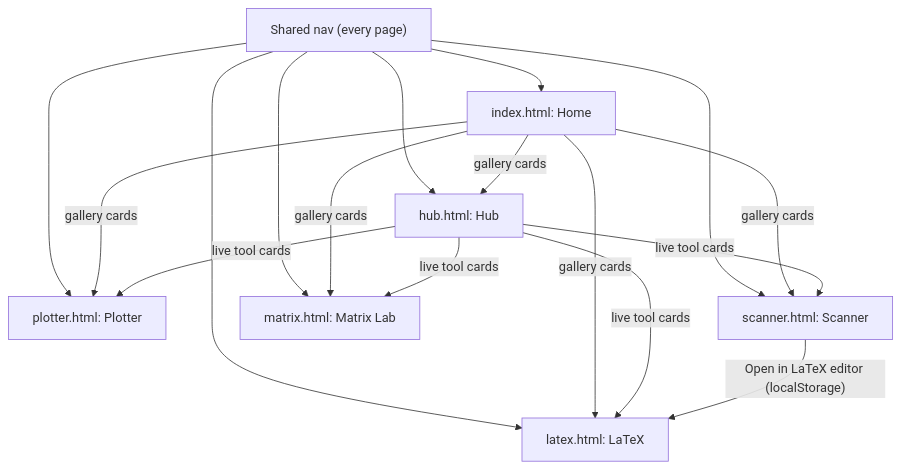
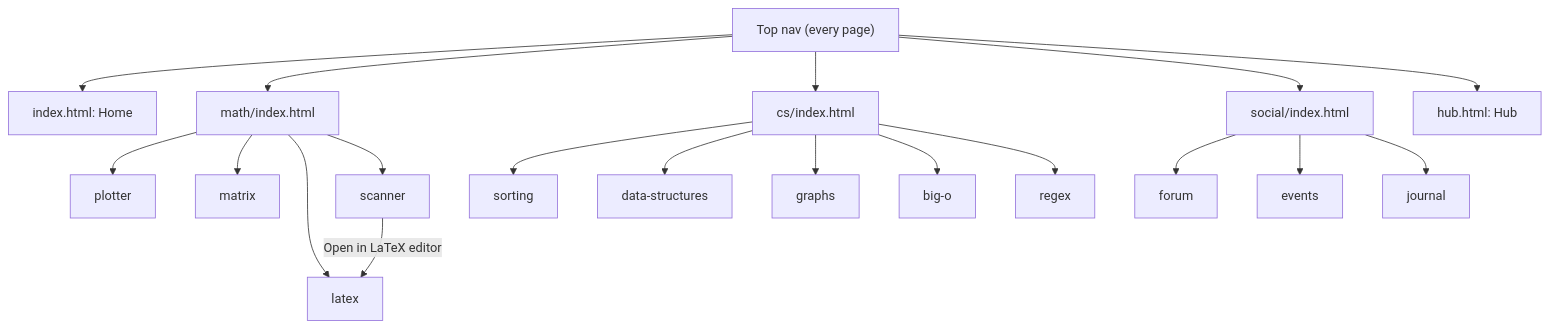
Before and after one commit to ChrisMedkit/CS-235-IntroToAI: the second of 9 diagrams in DIAGRAM.md, drawn with Mermaid. The commit also changed other lines of this file and 57 other files, not shown here.

First line of the commit message:
Add theme, fonts, and Math/CS/Social sections

````diff
--- a/DIAGRAM.md
+++ b/DIAGRAM.md
@@ -29,13 +33,13 @@
 ```mermaid
 flowchart TD
-  NAV["Shared nav (every page)"]
+  NAV["Top nav (every page)"]
   NAV --> H["index.html: Home"]
-  NAV --> P["plotter.html: Plotter"]
-  NAV --> S["scanner.html: Scanner"]
-  NAV --> M["matrix.html: Matrix Lab"]
-  NAV --> L["latex.html: LaTeX"]
+  NAV --> M["math/index.html"]
+  NAV --> C["cs/index.html"]
+  NAV --> S["social/index.html"]
   NAV --> HB["hub.html: Hub"]
-  H -- "gallery cards" --> P & S & M & L & HB
-  HB -- "live tool cards" --> P & S & M & L
-  S -- "Open in LaTeX editor (localStorage)" --> L
+  M --> M1["plotter"] & M2["matrix"] & M3["latex"] & M4["scanner"]
+  C --> C1["sorting"] & C2["data-structures"] & C3["graphs"] & C4["big-o"] & C5["regex"]
+  S --> S1["forum"] & S2["events"] & S3["journal"]
+  M4 -- "Open in LaTeX editor" --> M3
 ```
````
